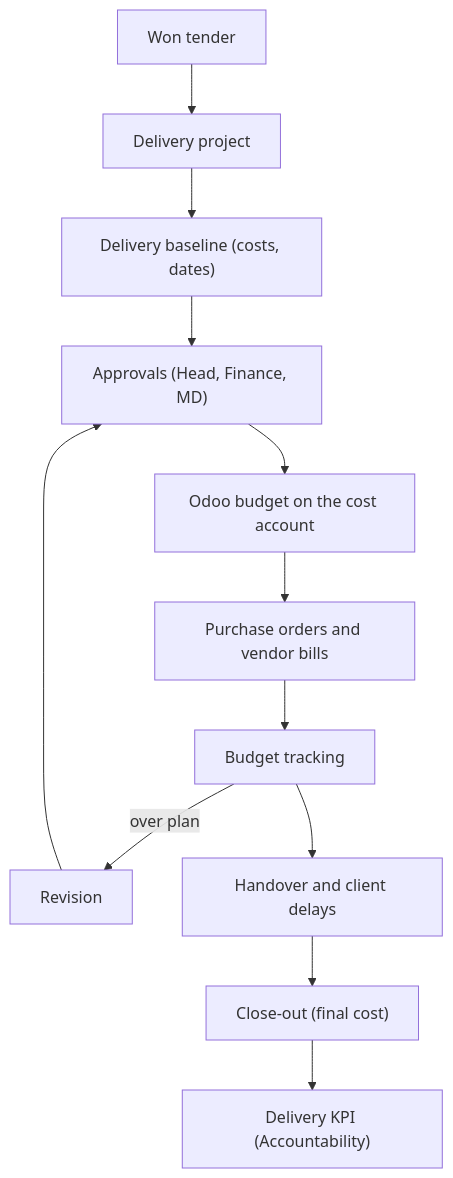
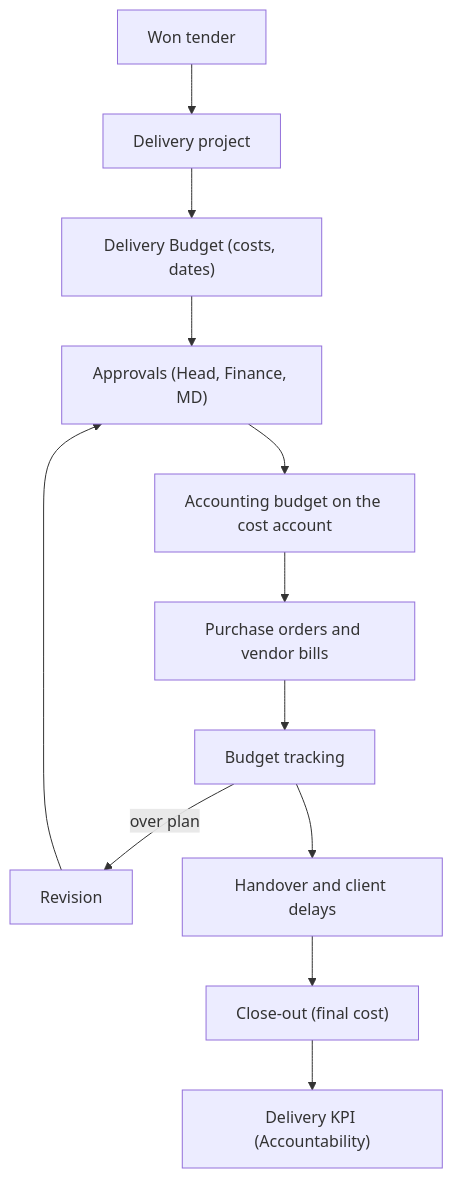
The first of 2 diagrams in training-portal/src/content/docs/projects/index.mdx (dennokorir/tritel_erp_training), drawn with Mermaid before and after one commit. The commit also changed other lines of this file and 146 other files, not shown here.

First line of the commit message:
docs(training-portal): Project Delivery sync to tritel-addons 5d691a8 (Delivery Budgets, project codes, budget commitments)

````diff
--- a/training-portal/src/content/docs/projects/index.mdx
+++ b/training-portal/src/content/docs/projects/index.mdx
@@ -40,15 +63,15 @@
 ```mermaid
 flowchart TD
 %% docs-sync: shows tritel_project_delivery:field:project.project.client_delay_ids, tritel_project_delivery:field:project.project.tracking_html, tritel_project_delivery:menu:menu_delivery_client_delays, tritel_project_delivery:menu:menu_delivery_config, tritel_project_delivery:menu:menu_delivery_root, tritel_project_delivery:model:project.delivery.baseline, tritel_project_delivery:selection:project.project.delivery_baseline_state, tritel_project_delivery:selection:project.project.handover_state, tritel_project_delivery:view_ext:analytic.view_account_analytic_account_form:button:delivery-project, tritel_project_delivery:view_ext:project.edit_project:button:cost-account, tritel_project_delivery:view_ext:project.edit_project:button:delivery-baseline, tritel_project_delivery:view_ext:project.edit_project:button:handover, tritel_project_delivery:view_ext:project.edit_project:button:purchase-orders, tritel_project_delivery:view_ext:project.edit_project:button:vendor-bills, tritel_project_delivery:view_ext:project.edit_project:button:won-tender, tritel_project_delivery:view_ext:project.edit_project:page:delivery, tritel_project_delivery:view_ext:tritel_tender_tracker.view_tender_form:field:delivery, tritel_project_delivery:wizard:delivery.cost.account.card
   T["Won tender"] --> P["Delivery project"]
-  P --> B["Delivery baseline (costs, dates)"]
+  P --> B["Delivery Budget (costs, dates)"]
   B --> A["Approvals (Head, Finance, MD)"]
-  A --> OB["Odoo budget on the cost account"]
+  A --> OB["Accounting budget on the cost account"]
   OB --> PO["Purchase orders and vendor bills"]
   PO --> TR["Budget tracking"]
   TR -->|"over plan"| REV["Revision"]
   REV --> A
   TR --> H["Handover and client delays"]
   H --> C["Close-out (final cost)"]
   C --> K["Delivery KPI (Accountability)"]
 ```
````
